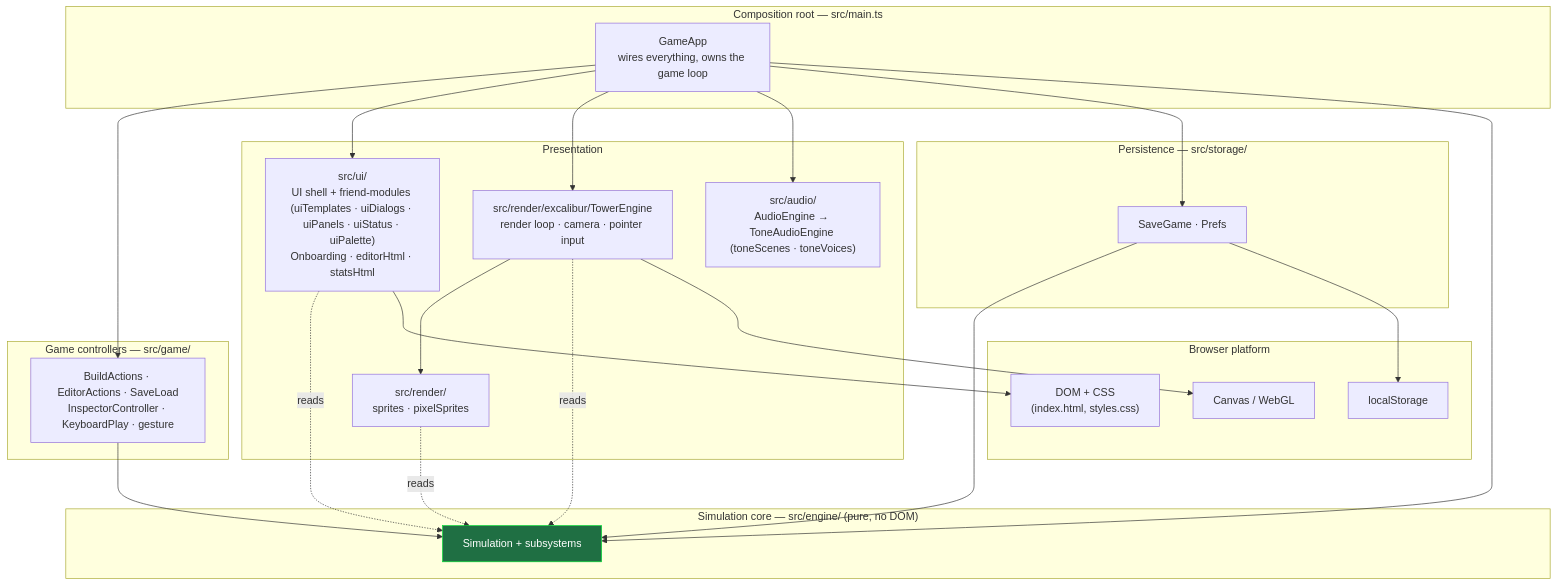
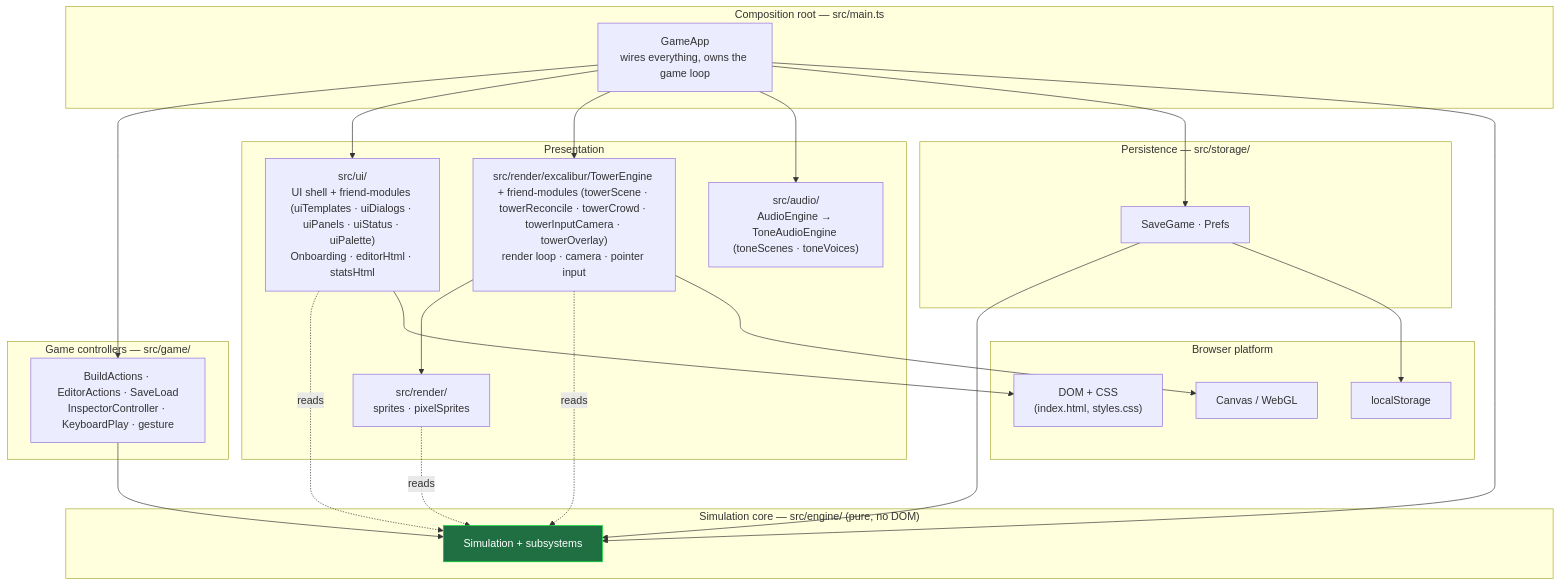
The first of 6 diagrams in ARCHITECTURE.md (maniator/verticopolis), drawn with Mermaid before and after one commit. The commit also changed 8 other files, not shown here.

````diff
--- a/ARCHITECTURE.md
+++ b/ARCHITECTURE.md
@@ -22,52 +22,52 @@
 ```mermaid
 flowchart TD
     subgraph browser["Browser platform"]
         DOM["DOM + CSS<br/>(index.html, styles.css)"]
         Canvas["Canvas / WebGL"]
         LS["localStorage"]
     end
 
     subgraph root["Composition root — src/main.ts"]
         GameApp["GameApp<br/>wires everything, owns the game loop"]
     end
 
     subgraph controllers["Game controllers — src/game/"]
         Ctl["BuildActions · EditorActions · SaveLoad<br/>InspectorController · KeyboardPlay · gesture"]
     end
 
     subgraph view["Presentation"]
         UI["src/ui/<br/>UI shell + friend-modules (uiTemplates · uiDialogs · uiPanels · uiStatus · uiPalette)<br/>Onboarding · editorHtml · statsHtml"]
         Render["src/render/<br/>sprites · pixelSprites"]
-        Engine3D["src/render/excalibur/TowerEngine<br/>render loop · camera · pointer input"]
+        Engine3D["src/render/excalibur/TowerEngine + friend-modules (towerScene · towerReconcile · towerCrowd · towerInputCamera · towerOverlay)<br/>render loop · camera · pointer input"]
         Audio["src/audio/<br/>AudioEngine → ToneAudioEngine (toneScenes · toneVoices)"]
     end
 
     subgraph storage["Persistence — src/storage/"]
         Save["SaveGame · Prefs"]
     end
 
     subgraph engine["Simulation core — src/engine/ (pure, no DOM)"]
         Sim["Simulation + subsystems"]
     end
 
     GameApp --> Ctl
     GameApp --> UI
     GameApp --> Engine3D
     GameApp --> Audio
     GameApp --> Save
     GameApp --> Sim
 
     Ctl --> Sim
     UI -. reads .-> Sim
     Render -. reads .-> Sim
     Engine3D --> Render
     Engine3D -. reads .-> Sim
     Save --> Sim
 
     Engine3D --> Canvas
     UI --> DOM
     Save --> LS
 
     classDef core fill:#1f6f43,stroke:#0d3,color:#fff;
     class Sim core
 ```
````
